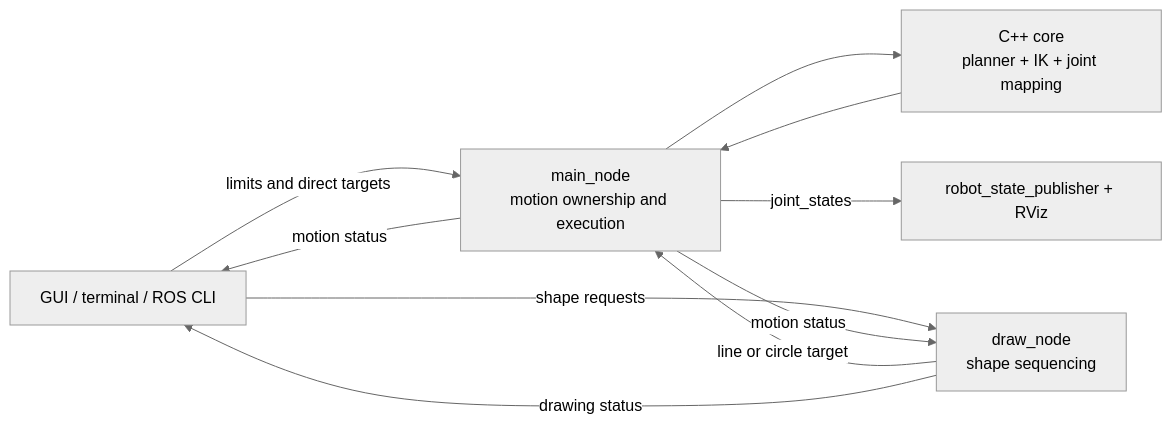
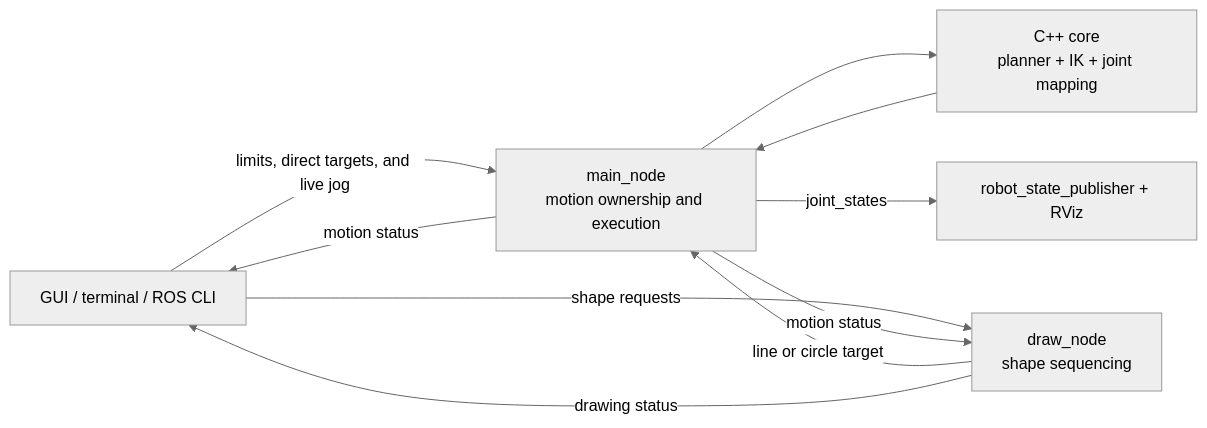
Before and after one commit to thanhduong8457/ROS: the diagram in PROJECT_OVERVIEW.md, drawn with Mermaid (neutral theme). The commit also changed other lines of this file and 10 other files, not shown here.

````diff
--- a/PROJECT_OVERVIEW.md
+++ b/PROJECT_OVERVIEW.md
@@ -30,18 +30,18 @@
 ```mermaid
 flowchart LR
     UI["GUI / terminal / ROS CLI"]
     DRAW["draw_node<br/>shape sequencing"]
     MAIN["main_node<br/>motion ownership and execution"]
     CORE["C++ core<br/>planner + IK + joint mapping"]
     MODEL["robot_state_publisher + RViz"]
 
-    UI -->|limits and direct targets| MAIN
+    UI -->|limits, direct targets, and live jog| MAIN
     UI -->|shape requests| DRAW
     DRAW -->|line or circle target| MAIN
     MAIN --> CORE
     CORE --> MAIN
     MAIN -->|joint_states| MODEL
     MAIN -->|motion status| UI
     MAIN -->|motion status| DRAW
     DRAW -->|drawing status| UI
 ```
````
